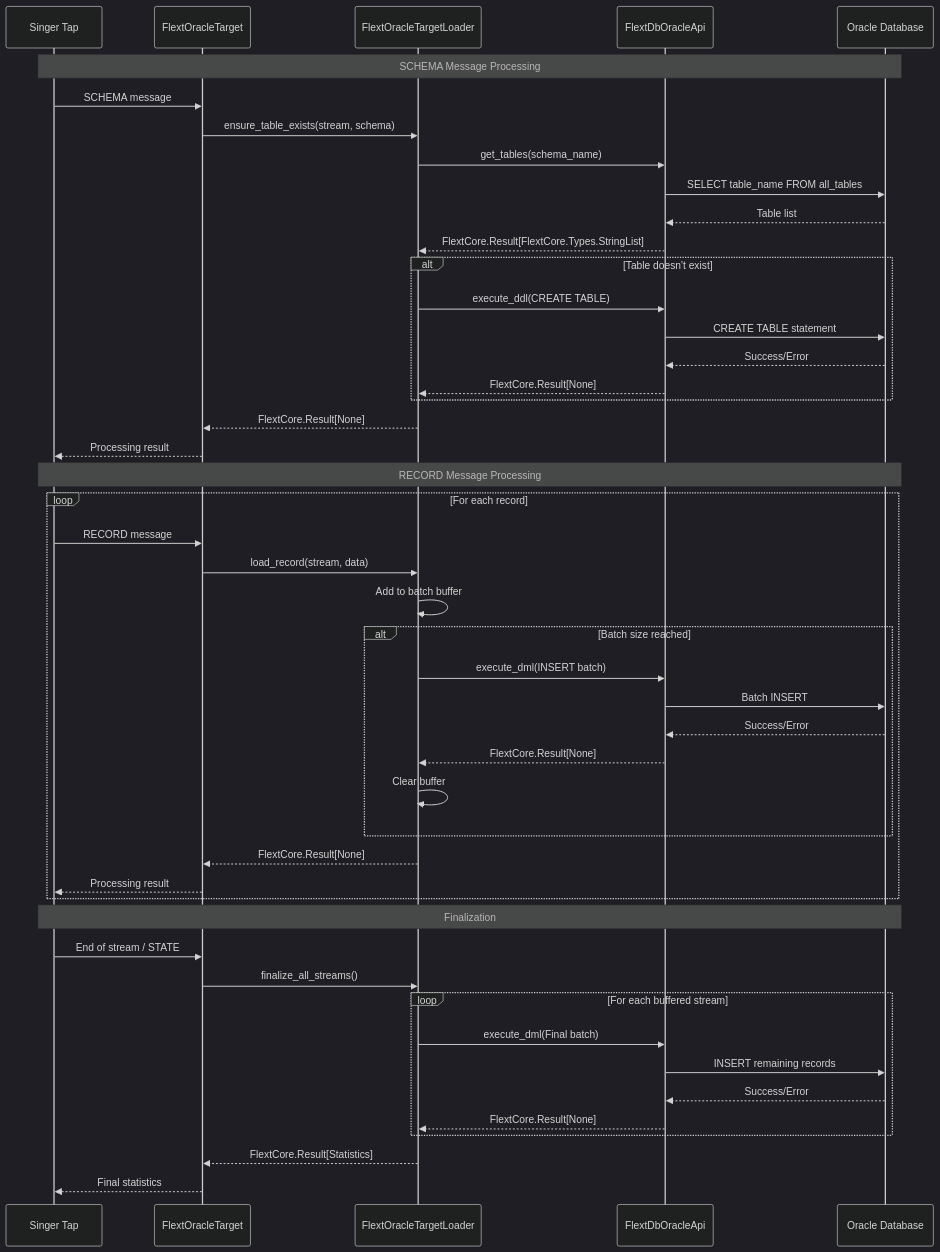
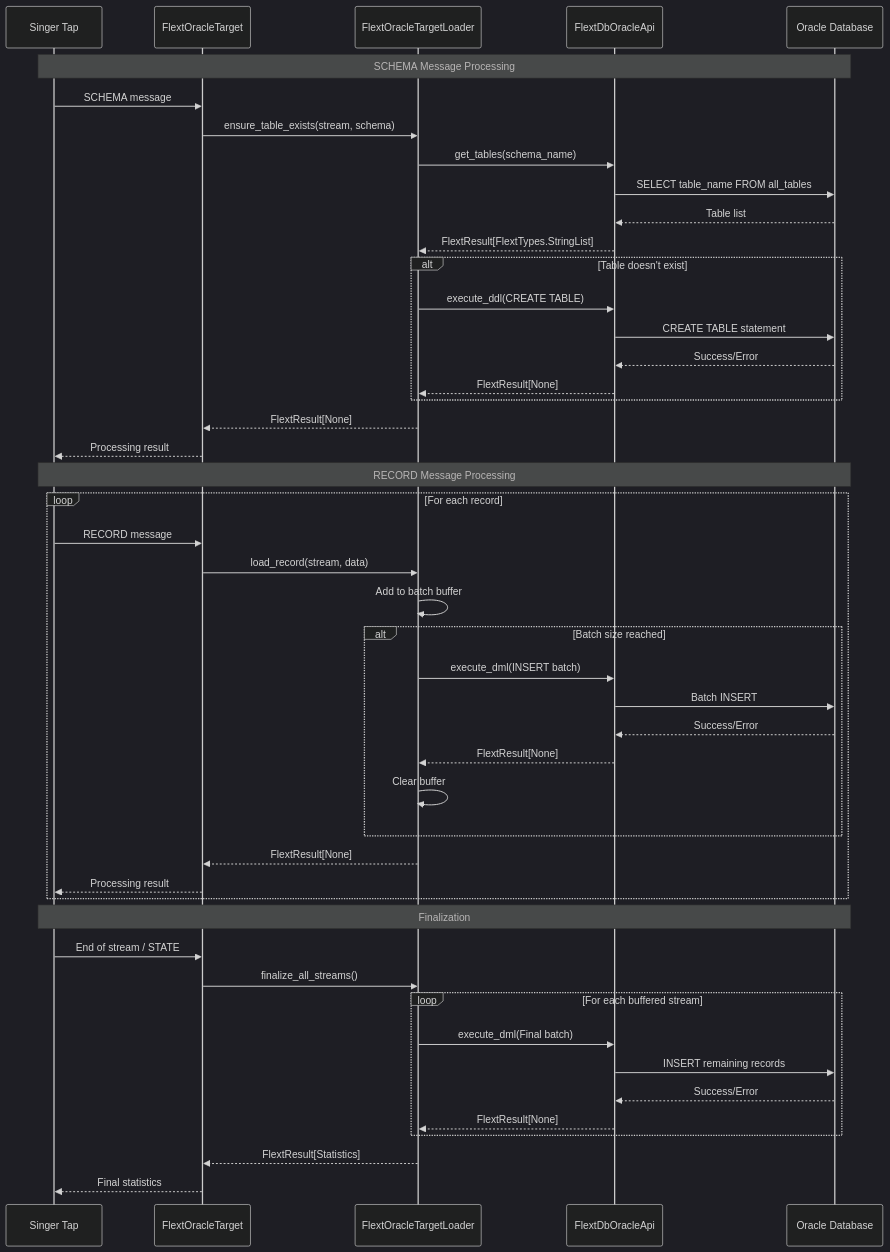
Before and after one commit to flext-sh/flext-target-oracle: the first of 3 diagrams in docs/architecture.md, drawn with Mermaid (dark theme). The commit also changed other lines of this file and 32 other files, not shown here.

````diff
--- a/docs/architecture.md
+++ b/docs/architecture.md
@@ -166,58 +185,58 @@
 ```mermaid
 sequenceDiagram
     participant ST as Singer Tap
     participant FT as FlextOracleTarget
     participant FL as FlextOracleTargetLoader
     participant API as FlextDbOracleApi
     participant DB as Oracle Database
 
     Note over ST,DB: SCHEMA Message Processing
     ST->>FT: SCHEMA message
     FT->>FL: ensure_table_exists(stream, schema)
     FL->>API: get_tables(schema_name)
     API->>DB: SELECT table_name FROM all_tables
     DB-->>API: Table list
-    API-->>FL: FlextCore.Result[FlextCore.Types.StringList]
+    API-->>FL: FlextResult[FlextTypes.StringList]
 
     alt Table doesn't exist
         FL->>API: execute_ddl(CREATE TABLE)
         API->>DB: CREATE TABLE statement
         DB-->>API: Success/Error
-        API-->>FL: FlextCore.Result[None]
+        API-->>FL: FlextResult[None]
     end
 
-    FL-->>FT: FlextCore.Result[None]
+    FL-->>FT: FlextResult[None]
     FT-->>ST: Processing result
 
     Note over ST,DB: RECORD Message Processing
     loop For each record
         ST->>FT: RECORD message
         FT->>FL: load_record(stream, data)
         FL->>FL: Add to batch buffer
 
         alt Batch size reached
             FL->>API: execute_dml(INSERT batch)
             API->>DB: Batch INSERT
             DB-->>API: Success/Error
-            API-->>FL: FlextCore.Result[None]
+            API-->>FL: FlextResult[None]
             FL->>FL: Clear buffer
         end
 
-        FL-->>FT: FlextCore.Result[None]
+        FL-->>FT: FlextResult[None]
         FT-->>ST: Processing result
     end
 
     Note over ST,DB: Finalization
     ST->>FT: End of stream / STATE
     FT->>FL: finalize_all_streams()
 
     loop For each buffered stream
         FL->>API: execute_dml(Final batch)
         API->>DB: INSERT remaining records
         DB-->>API: Success/Error
-        API-->>FL: FlextCore.Result[None]
+        API-->>FL: FlextResult[None]
     end
 
-    FL-->>FT: FlextCore.Result[Statistics]
+    FL-->>FT: FlextResult[Statistics]
     FT-->>ST: Final statistics
 ```
````
